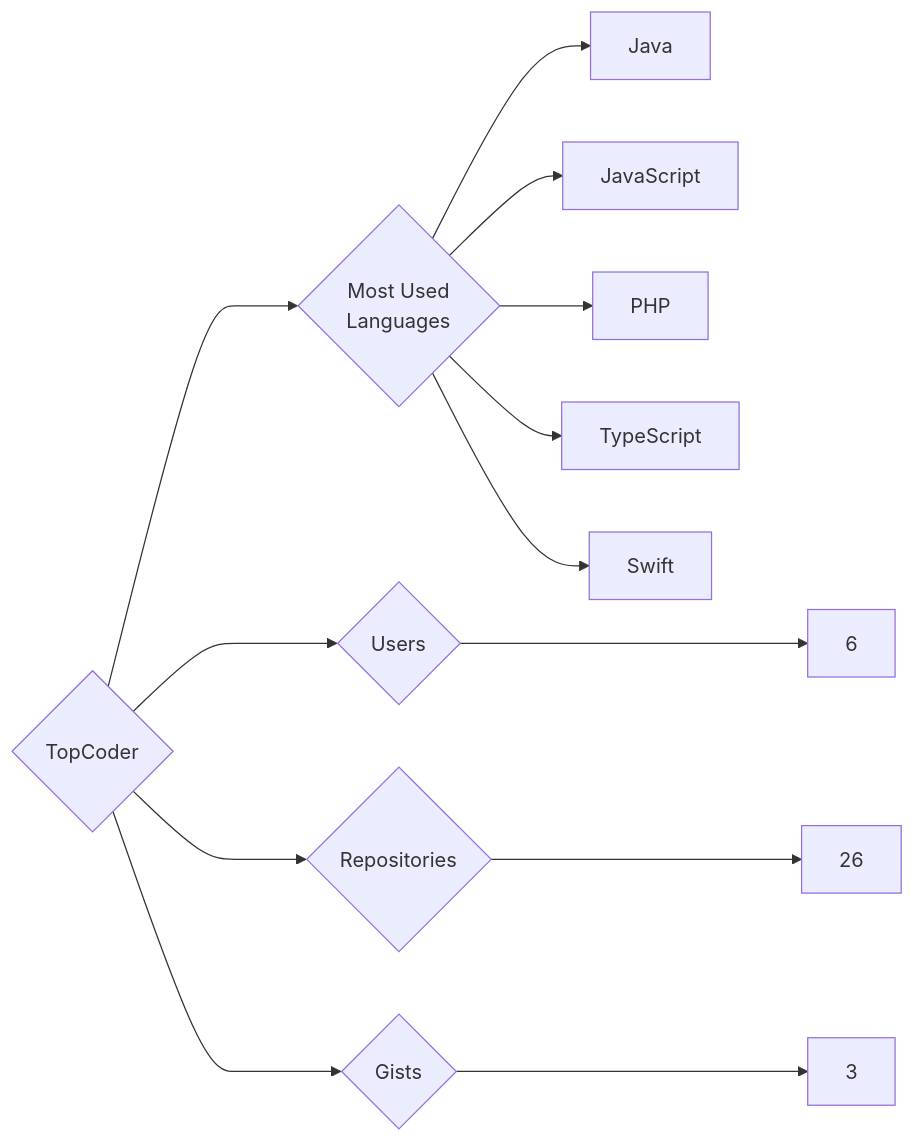
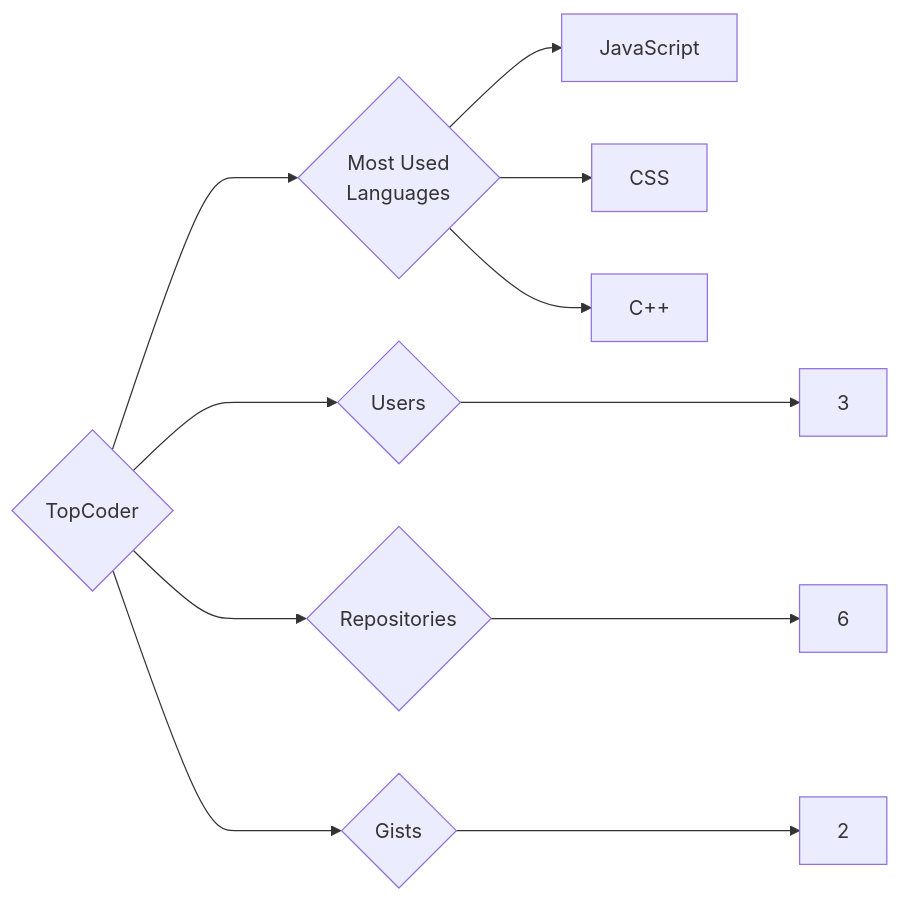
One commit to trickest/insiders changed the diagram in targets/TopCoder/README.md. Above: the diagram before and after it, drawn with Mermaid. The commit also changed 1696 other files, not shown here.

````diff
--- a/targets/TopCoder/README.md
+++ b/targets/TopCoder/README.md
@@ -3,13 +3,11 @@
 ```mermaid
 graph LR
 COMPANY_NAME{TopCoder}
-COMPANY_NAME ---> U{Users} ---> UN[6]
-COMPANY_NAME ---> R{Repositories} ---> RN[26]
-COMPANY_NAME ---> G{Gists} ---> GN[3]
+COMPANY_NAME ---> U{Users} ---> UN[3]
+COMPANY_NAME ---> R{Repositories} ---> RN[6]
+COMPANY_NAME ---> G{Gists} ---> GN[2]
 COMPANY_NAME ---> ML{Most Used<br>Languages}
-ML --> Java[Java]
 ML --> JavaScript[JavaScript]
-ML --> PHP[PHP]
-ML --> TypeScript[TypeScript]
-ML --> Swift[Swift]
+ML --> CSS[CSS]
+ML --> C++[C++]
 ```
````
